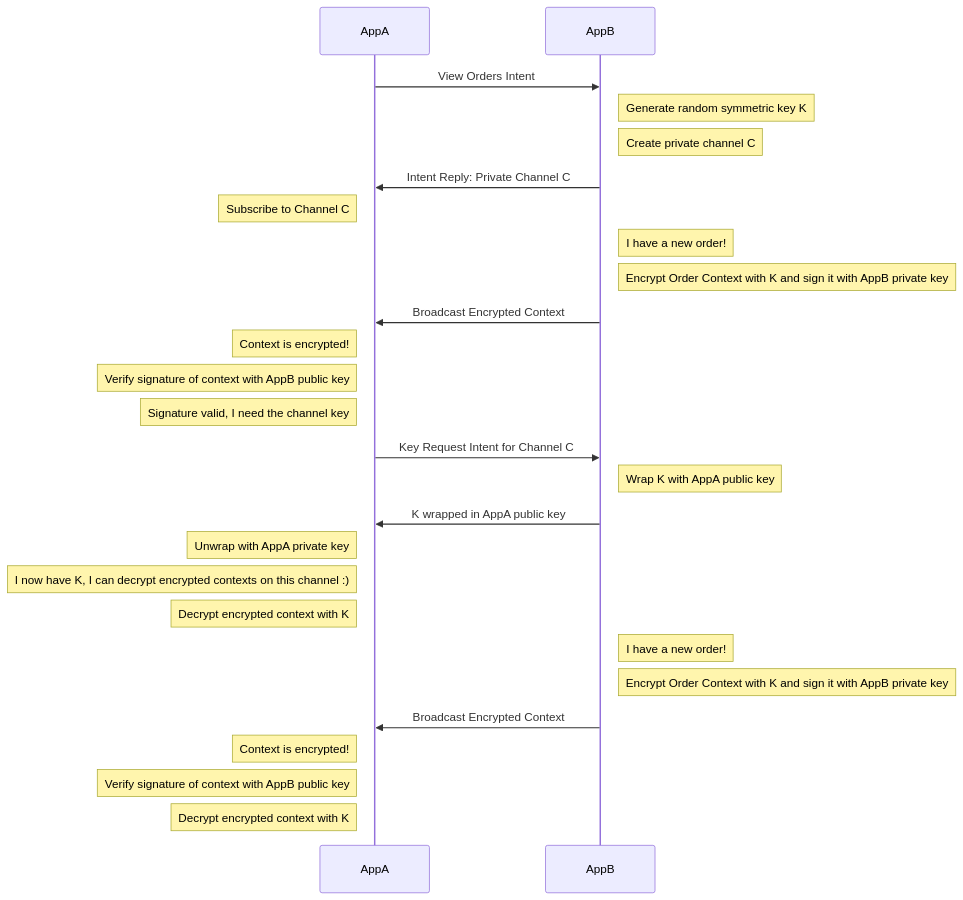
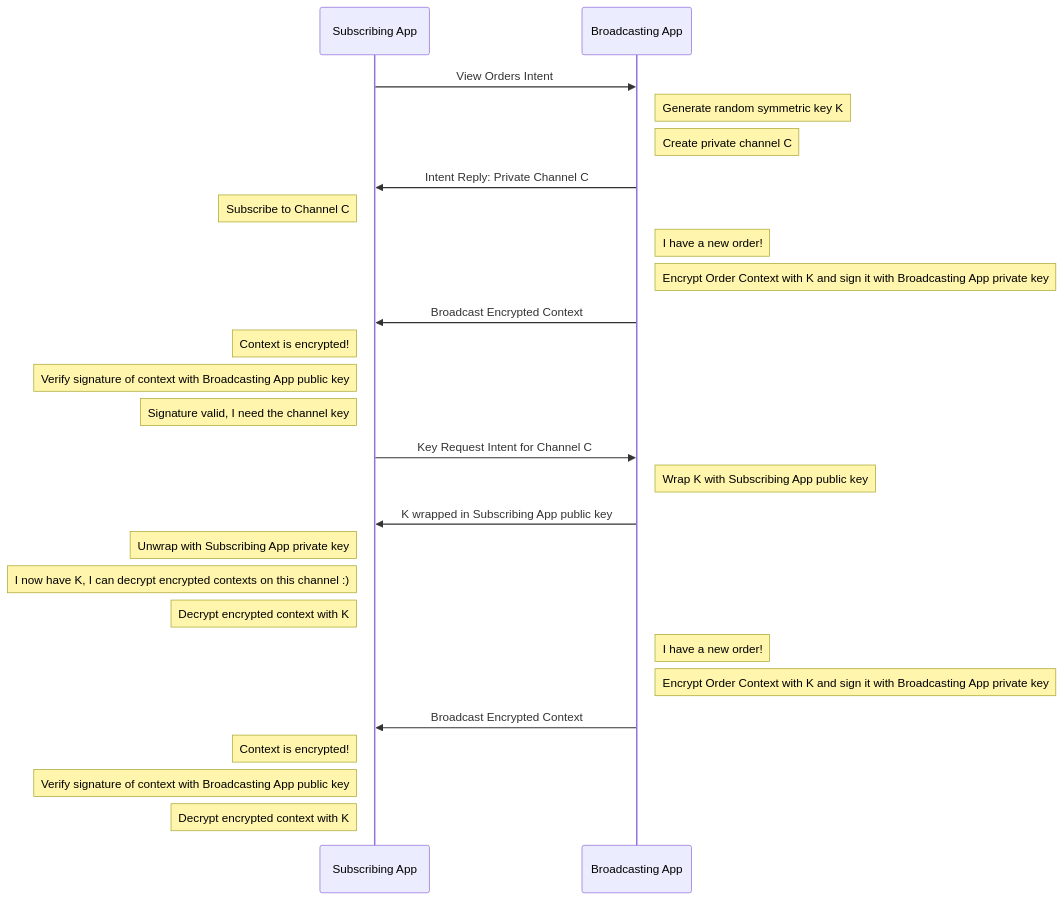
The second of 3 diagrams in website/docs/api/security.md (finos/FDC3), drawn with Mermaid before and after one commit. The commit also changed other lines of this file and 1 other file, not shown here.

Commit message:
appA app B receiver broadcaster

````diff
--- a/website/docs/api/security.md
+++ b/website/docs/api/security.md
@@ -263,28 +263,28 @@
 ```mermaid
 sequenceDiagram
-    participant AppA
-    participant AppB
-    AppA->>AppB: View Orders Intent
-    note right of AppB: Generate random symmetric key K
-    note right of AppB: Create private channel C
-    AppB->>AppA: Intent Reply: Private Channel C
-    note left of AppA: Subscribe to Channel C
-    note right of AppB: I have a new order!
-    note right of AppB: Encrypt Order Context with K and sign it with AppB private key
-    AppB->>AppA: Broadcast Encrypted Context
-    note left of AppA: Context is encrypted!
-    note left of AppA: Verify signature of context with AppB public key
-    note left of AppA: Signature valid, I need the channel key
-    AppA->>AppB: Key Request Intent for Channel C
-    note right of AppB: Wrap K with AppA public key
-    AppB->>AppA: K wrapped in AppA public key
-    note left of AppA: Unwrap with AppA private key
-    note left of AppA: I now have K, I can decrypt encrypted contexts on this channel :)
-    note left of AppA: Decrypt encrypted context with K
-    note right of AppB: I have a new order!
-    note right of AppB: Encrypt Order Context with K and sign it with AppB private key
-    AppB->>AppA: Broadcast Encrypted Context
-    note left of AppA: Context is encrypted!
-    note left of AppA: Verify signature of context with AppB public key
-    note left of AppA: Decrypt encrypted context with K
+    participant Subscribing App
+    participant Broadcasting App
+    Subscribing App->>Broadcasting App: View Orders Intent
+    note right of Broadcasting App: Generate random symmetric key K
+    note right of Broadcasting App: Create private channel C
+    Broadcasting App->>Subscribing App: Intent Reply: Private Channel C
+    note left of Subscribing App: Subscribe to Channel C
+    note right of Broadcasting App: I have a new order!
+    note right of Broadcasting App: Encrypt Order Context with K and sign it with Broadcasting App private key
+    Broadcasting App->>Subscribing App: Broadcast Encrypted Context
+    note left of Subscribing App: Context is encrypted!
+    note left of Subscribing App: Verify signature of context with Broadcasting App public key
+    note left of Subscribing App: Signature valid, I need the channel key
+    Subscribing App->>Broadcasting App: Key Request Intent for Channel C
+    note right of Broadcasting App: Wrap K with Subscribing App public key
+    Broadcasting App->>Subscribing App: K wrapped in Subscribing App public key
+    note left of Subscribing App: Unwrap with Subscribing App private key
+    note left of Subscribing App: I now have K, I can decrypt encrypted contexts on this channel :)
+    note left of Subscribing App: Decrypt encrypted context with K
+    note right of Broadcasting App: I have a new order!
+    note right of Broadcasting App: Encrypt Order Context with K and sign it with Broadcasting App private key
+    Broadcasting App->>Subscribing App: Broadcast Encrypted Context
+    note left of Subscribing App: Context is encrypted!
+    note left of Subscribing App: Verify signature of context with Broadcasting App public key
+    note left of Subscribing App: Decrypt encrypted context with K
 ```
````
